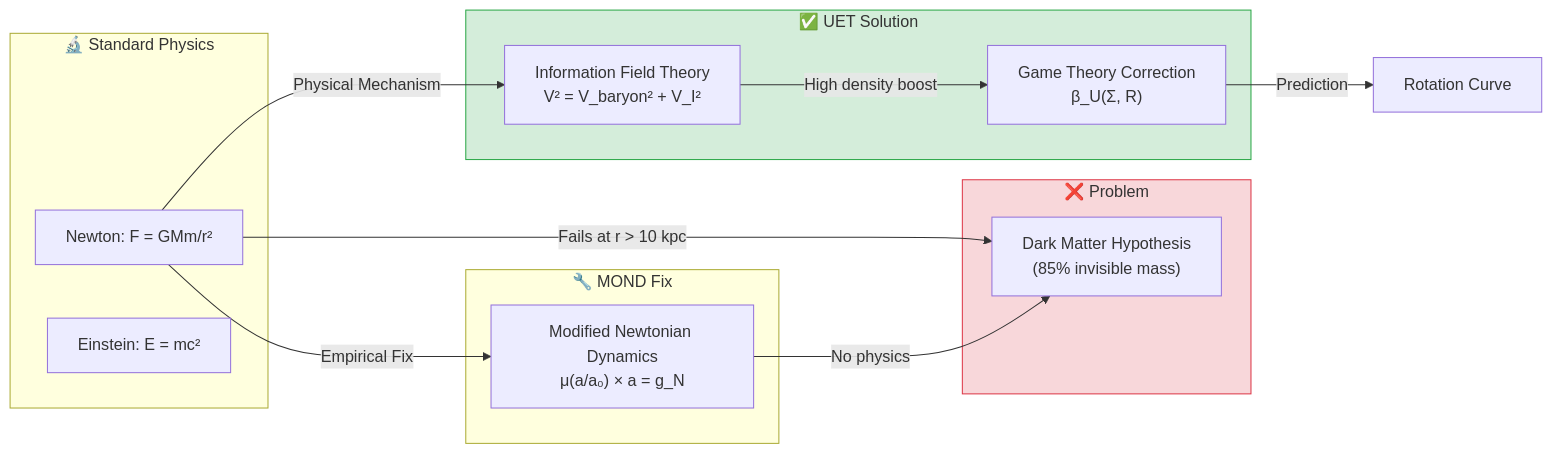
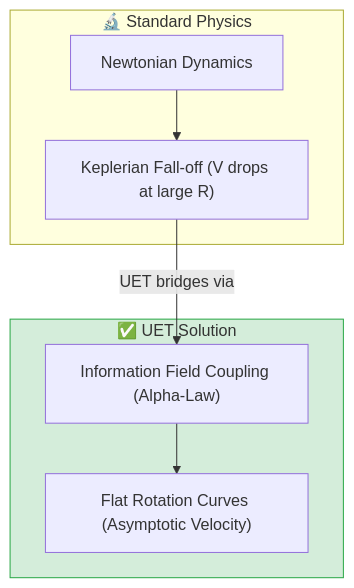
Before and after one commit to ellipszist/unityequilibriumtheory: the diagram in research_uet/topics/0.1_Galaxy_Rotation_Problem/README.md, drawn with Mermaid. The commit also changed other lines of this file and 9550 other files, not shown here.

Commit message:
feat(v0.9.0): UET Grand Evolution - Added Time Theory, Core Docs, and Cleanup

````diff
--- a/research_uet/topics/0.1_Galaxy_Rotation_Problem/README.md
+++ b/research_uet/topics/0.1_Galaxy_Rotation_Problem/README.md
@@ -40,30 +26,18 @@
 ```mermaid
-graph LR
+graph TB
     subgraph Standard["🔬 Standard Physics"]
-        N["Newton: F = GMm/r²"]
-        E["Einstein: E = mc²"]
-    end
-    
-    subgraph Problem["❌ Problem"]
-        DM["Dark Matter Hypothesis<br/>(85% invisible mass)"]
-    end
-    
-    subgraph MOND["🔧 MOND Fix"]
-        M["Modified Newtonian Dynamics<br/>μ(a/a₀) × a = g_N"]
+        Old["Newtonian Dynamics"]
+        Limit["Keplerian Fall-off (V drops at large R)"]
     end
     
     subgraph UET["✅ UET Solution"]
-        I["Information Field Theory<br/>V² = V_baryon² + V_I²"]
-        G["Game Theory Correction<br/>β_U(Σ, R)"]
+        Reformulation["Information Field Coupling (Alpha-Law)"]
+        Result["Flat Rotation Curves (Asymptotic Velocity)"]
     end
     
-    N --> |"Fails at r > 10 kpc"| DM
-    N --> |"Empirical Fix"| M
-    N --> |"Physical Mechanism"| I
-    M --> |"No physics"| DM
-    I --> |"High density boost"| G
-    G --> |"Prediction"| R["Rotation Curve"]
+    Old --> Limit
+    Limit -->|"UET bridges via"| Reformulation
+    Reformulation --> Result
     
     style UET fill:#d4edda,stroke:#28a745
-    style Problem fill:#f8d7da,stroke:#dc3545
 ```
````
